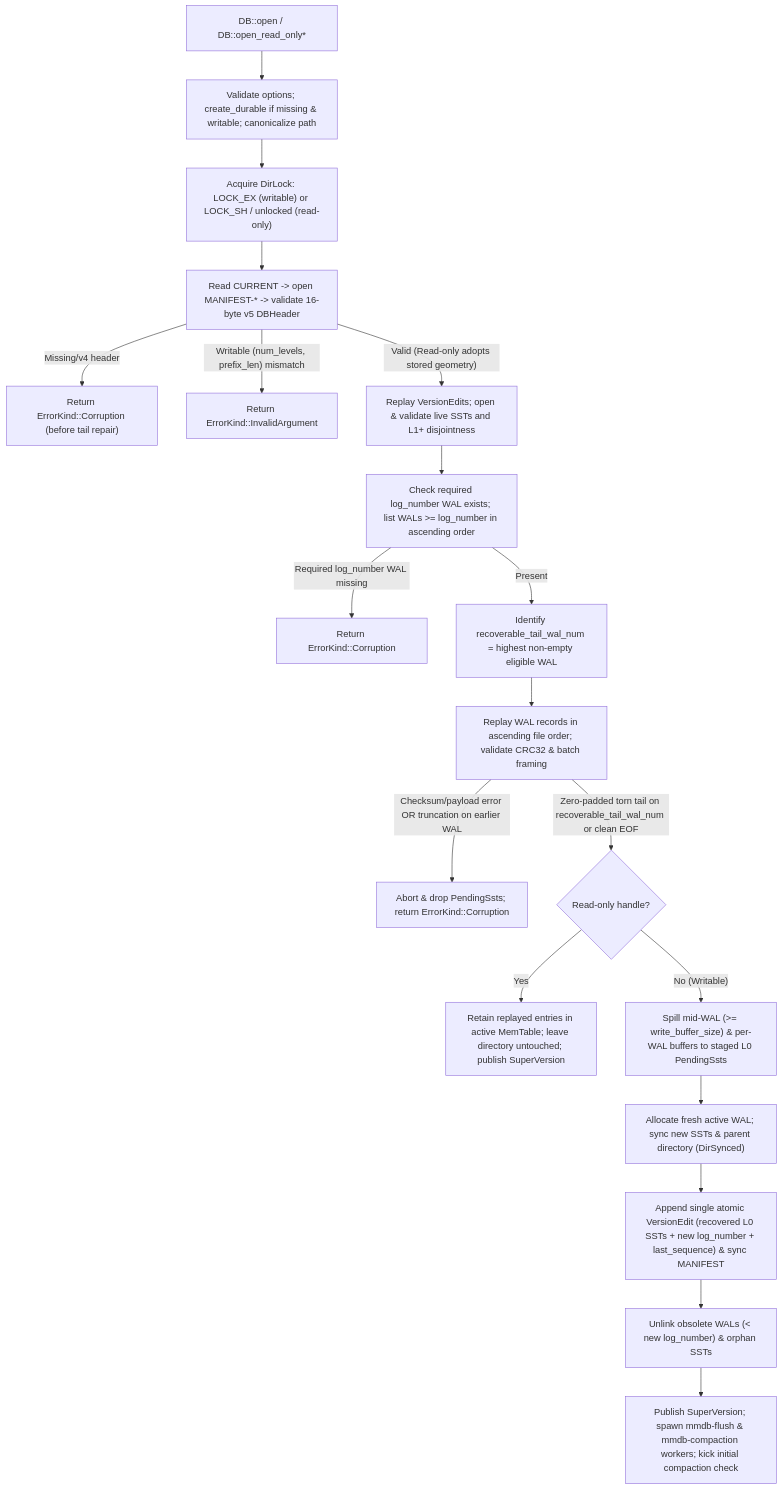
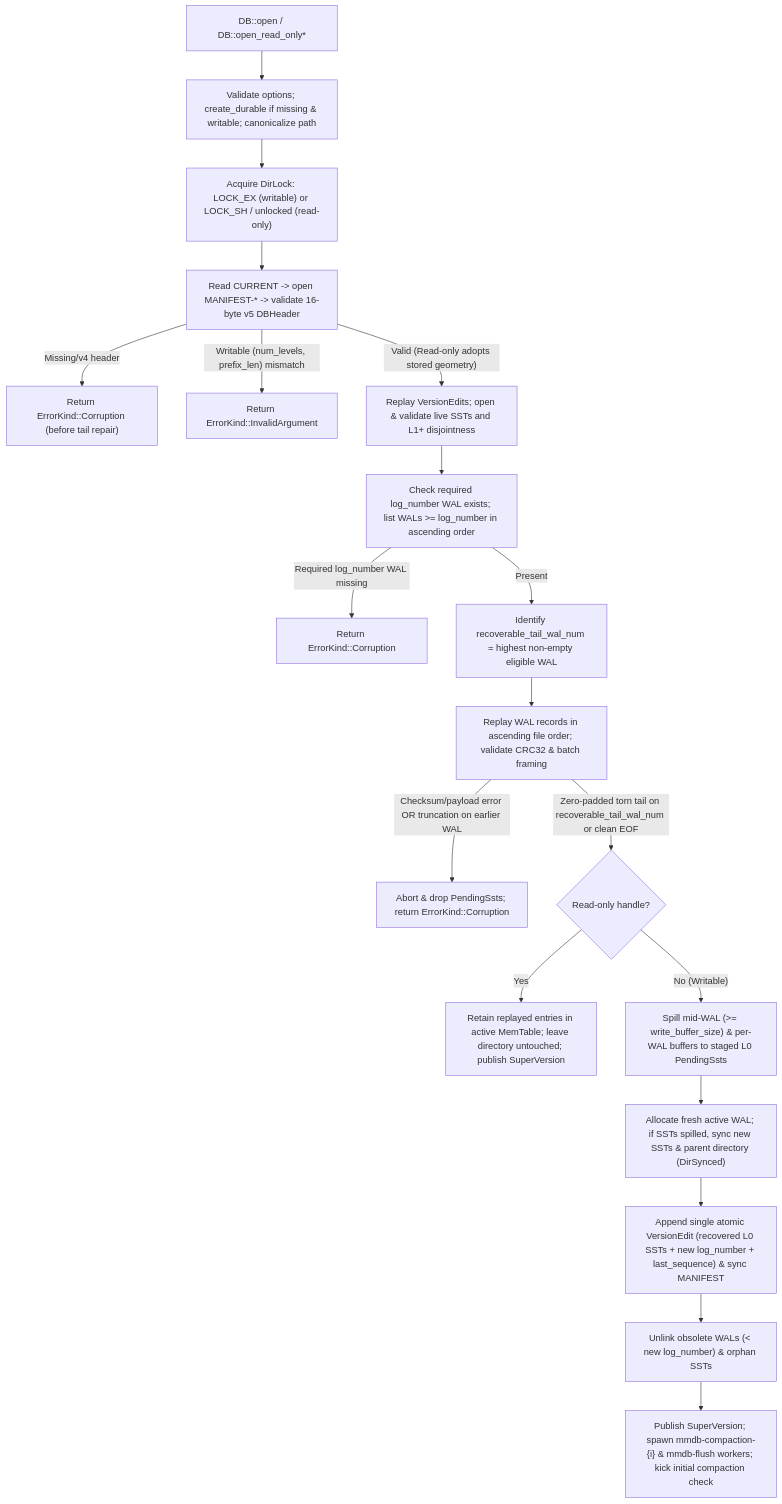
One commit to rust-util-collections/mmdb changed the sixth of 9 diagrams in docs/architecture.md. Above: the diagram before and after it, drawn with Mermaid. The commit also changed other lines of this file and 23 other files, not shown here.

````diff
--- a/docs/architecture.md
+++ b/docs/architecture.md
@@ -414,23 +412,23 @@
 ```mermaid
 flowchart TD
     O1["DB::open / DB::open_read_only*"] --> O2["Validate options; create_durable if missing & writable; canonicalize path"]
     O2 --> O3["Acquire DirLock: LOCK_EX (writable) or LOCK_SH / unlocked (read-only)"]
     O3 --> O4["Read CURRENT -> open MANIFEST-* -> validate 16-byte v5 DBHeader"]
     O4 -- "Missing/v4 header" --> CORR1["Return ErrorKind::Corruption (before tail repair)"]
     O4 -- "Writable (num_levels, prefix_len) mismatch" --> INV["Return ErrorKind::InvalidArgument"]
     O4 -- "Valid (Read-only adopts stored geometry)" --> O5["Replay VersionEdits; open & validate live SSTs and L1+ disjointness"]
 
     O5 --> O6["Check required log_number WAL exists; list WALs >= log_number in ascending order"]
     O6 -- "Required log_number WAL missing" --> CORR2["Return ErrorKind::Corruption"]
     O6 -- "Present" --> O7["Identify recoverable_tail_wal_num = highest non-empty eligible WAL"]
     O7 --> O8["Replay WAL records in ascending file order; validate CRC32 & batch framing"]
     O8 -- "Checksum/payload error OR truncation on earlier WAL" --> CORR3["Abort & drop PendingSsts; return ErrorKind::Corruption"]
     O8 -- "Zero-padded torn tail on recoverable_tail_wal_num or clean EOF" --> O9{"Read-only handle?"}
 
     O9 -- "Yes" --> RO["Retain replayed entries in active MemTable; leave directory untouched; publish SuperVersion"]
     O9 -- "No (Writable)" --> WR1["Spill mid-WAL (>= write_buffer_size) & per-WAL buffers to staged L0 PendingSsts"]
-    WR1 --> WR2["Allocate fresh active WAL; sync new SSTs & parent directory (DirSynced)"]
+    WR1 --> WR2["Allocate fresh active WAL; if SSTs spilled, sync new SSTs & parent directory (DirSynced)"]
     WR2 --> WR3["Append single atomic VersionEdit (recovered L0 SSTs + new log_number + last_sequence) & sync MANIFEST"]
     WR3 --> WR4["Unlink obsolete WALs (< new log_number) & orphan SSTs"]
-    WR4 --> WR5["Publish SuperVersion; spawn mmdb-flush & mmdb-compaction workers; kick initial compaction check"]
+    WR4 --> WR5["Publish SuperVersion; spawn mmdb-compaction-{i} & mmdb-flush workers; kick initial compaction check"]
 ```
````
